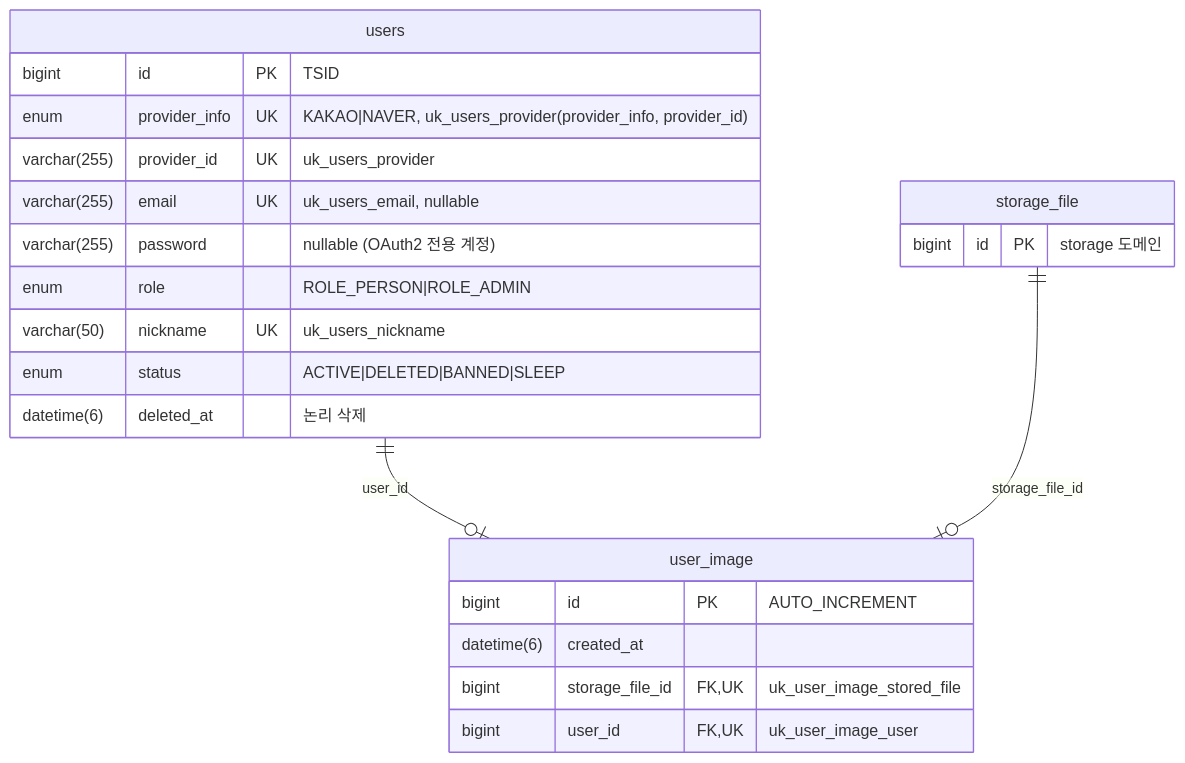
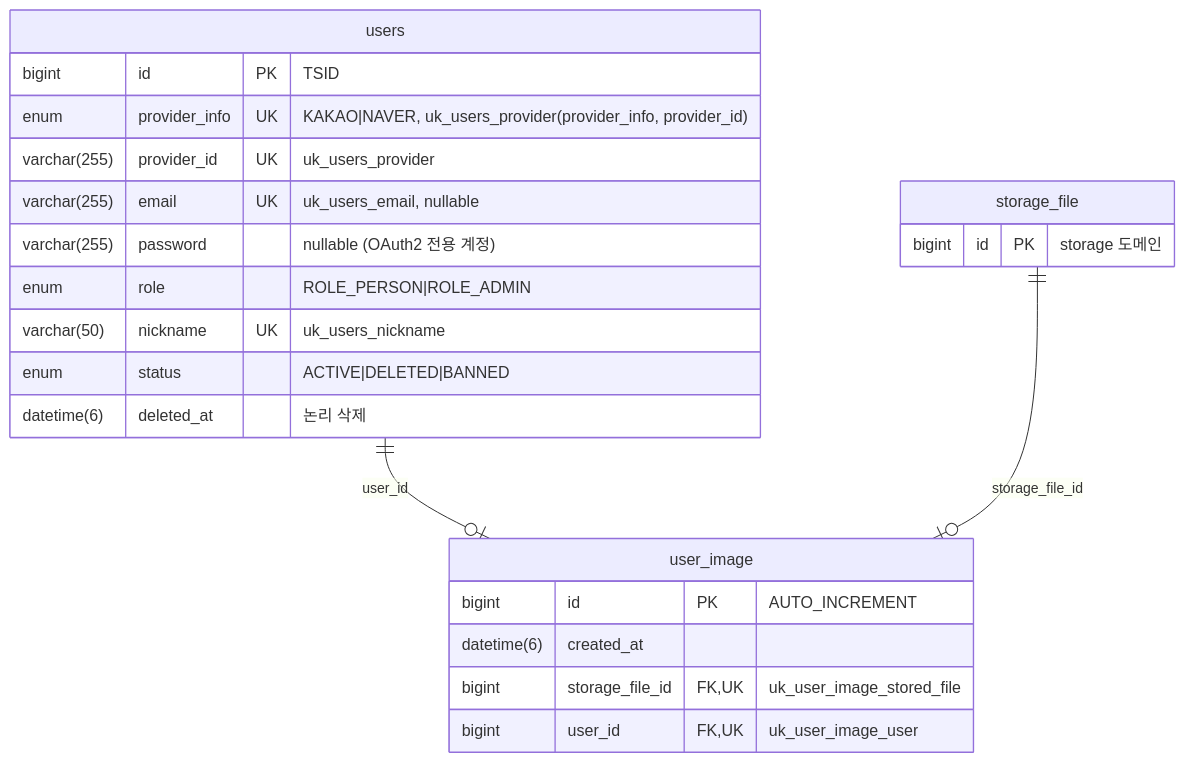
One commit to RGB234/marigold_server changed the diagram in docs/erd/user.mmd. Above: the diagram before and after it, drawn with Mermaid. The commit also changed 9 other files, not shown here.

```diff
--- a/docs/erd/user.mmd
+++ b/docs/erd/user.mmd
@@ -1,28 +1,28 @@
 %% 다른 도메인 테이블은 PK만 작성함. 전체 컬럼은 해당 도메인 ERD에 있다
 erDiagram
 
     users {
         bigint id PK "TSID"
         enum provider_info UK "KAKAO|NAVER, uk_users_provider(provider_info, provider_id)"
         varchar(255) provider_id UK "uk_users_provider"
         varchar(255) email UK "uk_users_email, nullable"
         varchar(255) password "nullable (OAuth2 전용 계정)"
         enum role "ROLE_PERSON|ROLE_ADMIN"
         varchar(50) nickname UK "uk_users_nickname"
-        enum status "ACTIVE|DELETED|BANNED|SLEEP"
+        enum status "ACTIVE|DELETED|BANNED"
         datetime(6) deleted_at "논리 삭제"
     }
 
     user_image {
         bigint id PK "AUTO_INCREMENT"
         datetime(6) created_at
         bigint storage_file_id FK,UK "uk_user_image_stored_file"
         bigint user_id FK,UK "uk_user_image_user"
     }
 
     storage_file {
         bigint id PK "storage 도메인"
     }
 
     users ||--o| user_image : "user_id"
     storage_file ||--o| user_image : "storage_file_id"
```
